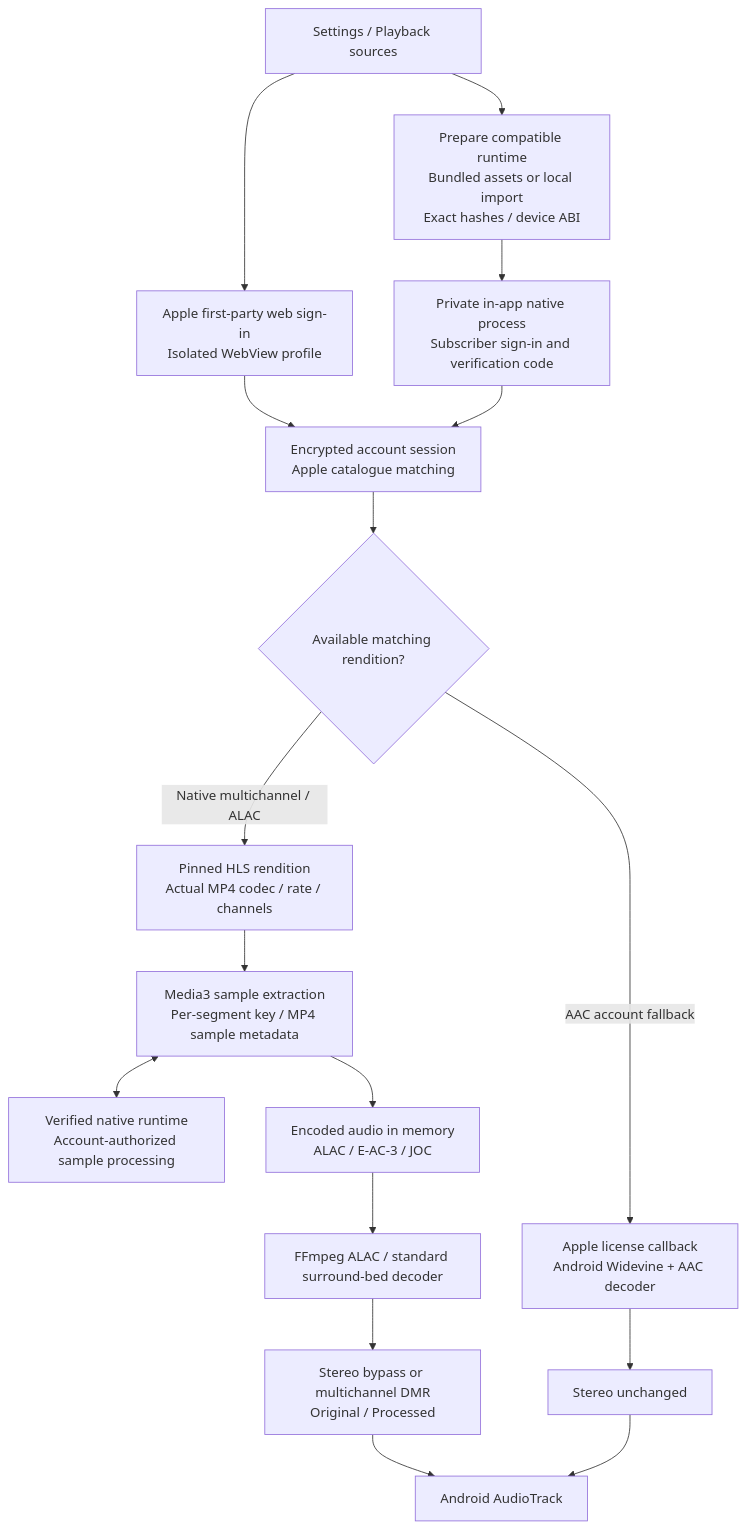
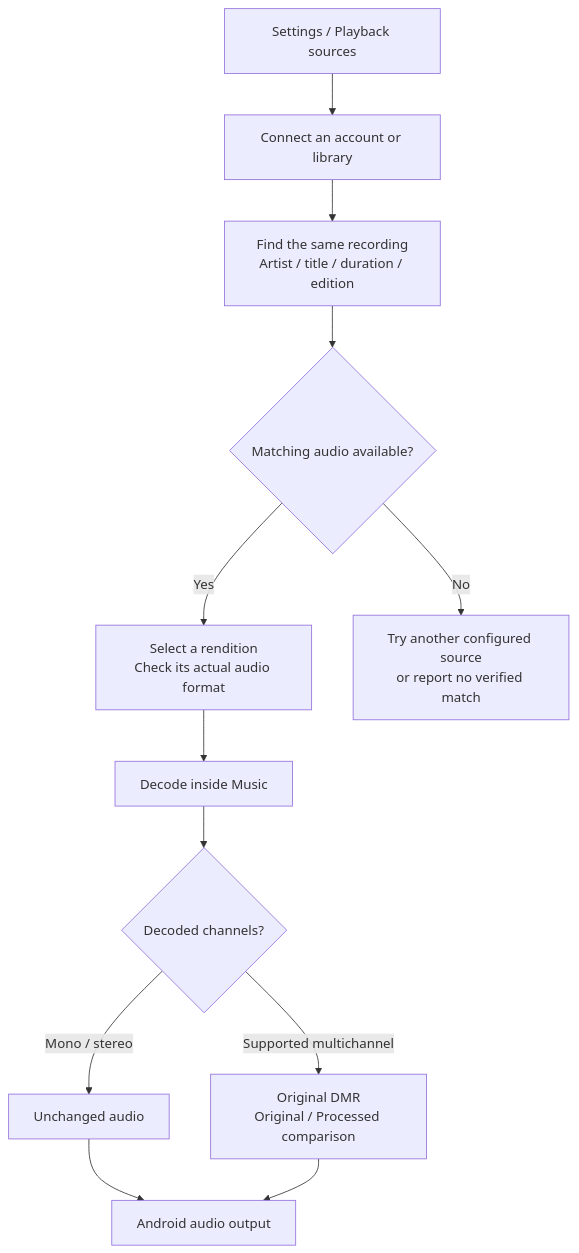
The third of 4 diagrams in README.md (Pradyumna-RN/omni_play), drawn with Mermaid before and after one commit. The commit also changed other lines of this file, not shown here.

Commit message:
Document Music goals, app comparisons and user guide

````diff
--- a/README.md
+++ b/README.md
@@ -152,19 +223,14 @@
 ```mermaid
 flowchart TB
-    SETTINGS["Settings / Playback sources"] --> WEB["Apple first-party web sign-in<br/>Isolated WebView profile"]
-    SETTINGS --> IMPORT["Prepare compatible runtime<br/>Bundled assets or local import<br/>Exact hashes / device ABI"]
-    IMPORT --> NATIVE["Private in-app native process<br/>Subscriber sign-in and verification code"]
-    WEB --> SESSION["Encrypted account session<br/>Apple catalogue matching"]
-    NATIVE --> SESSION
-    SESSION --> CHOICE{"Available matching rendition?"}
-    CHOICE -->|"Native multichannel / ALAC"| HLS["Pinned HLS rendition<br/>Actual MP4 codec / rate / channels"]
-    HLS --> DEMUX["Media3 sample extraction<br/>Per-segment key / MP4 sample metadata"]
-    DEMUX <--> SDK["Verified native runtime<br/>Account-authorized sample processing"]
-    DEMUX --> CLEAR["Encoded audio in memory<br/>ALAC / E-AC-3 / JOC"]
-    CLEAR --> DECODE["FFmpeg ALAC / standard surround-bed decoder"]
-    DECODE --> PCM["Stereo bypass or multichannel DMR<br/>Original / Processed"]
-    CHOICE -->|"AAC account fallback"| DRM["Apple license callback<br/>Android Widevine + AAC decoder"]
-    DRM --> STEREO["Stereo unchanged"]
-    PCM --> OUT["Android AudioTrack"]
-    STEREO --> OUT
+    SETTINGS["Settings / Playback sources"] --> ACCOUNT["Connect an account or library"]
+    ACCOUNT --> MATCH["Find the same recording<br/>Artist / title / duration / edition"]
+    MATCH --> AVAILABLE{"Matching audio available?"}
+    AVAILABLE -->|"Yes"| FORMAT["Select a rendition<br/>Check its actual audio format"]
+    AVAILABLE -->|"No"| FALLBACK["Try another configured source<br/>or report no verified match"]
+    FORMAT --> DECODE["Decode inside Music"]
+    DECODE --> ROUTE{"Decoded channels?"}
+    ROUTE -->|"Mono / stereo"| STEREO["Unchanged audio"]
+    ROUTE -->|"Supported multichannel"| DMR["Original DMR<br/>Original / Processed comparison"]
+    STEREO --> OUT["Android audio output"]
+    DMR --> OUT
 ```
````
